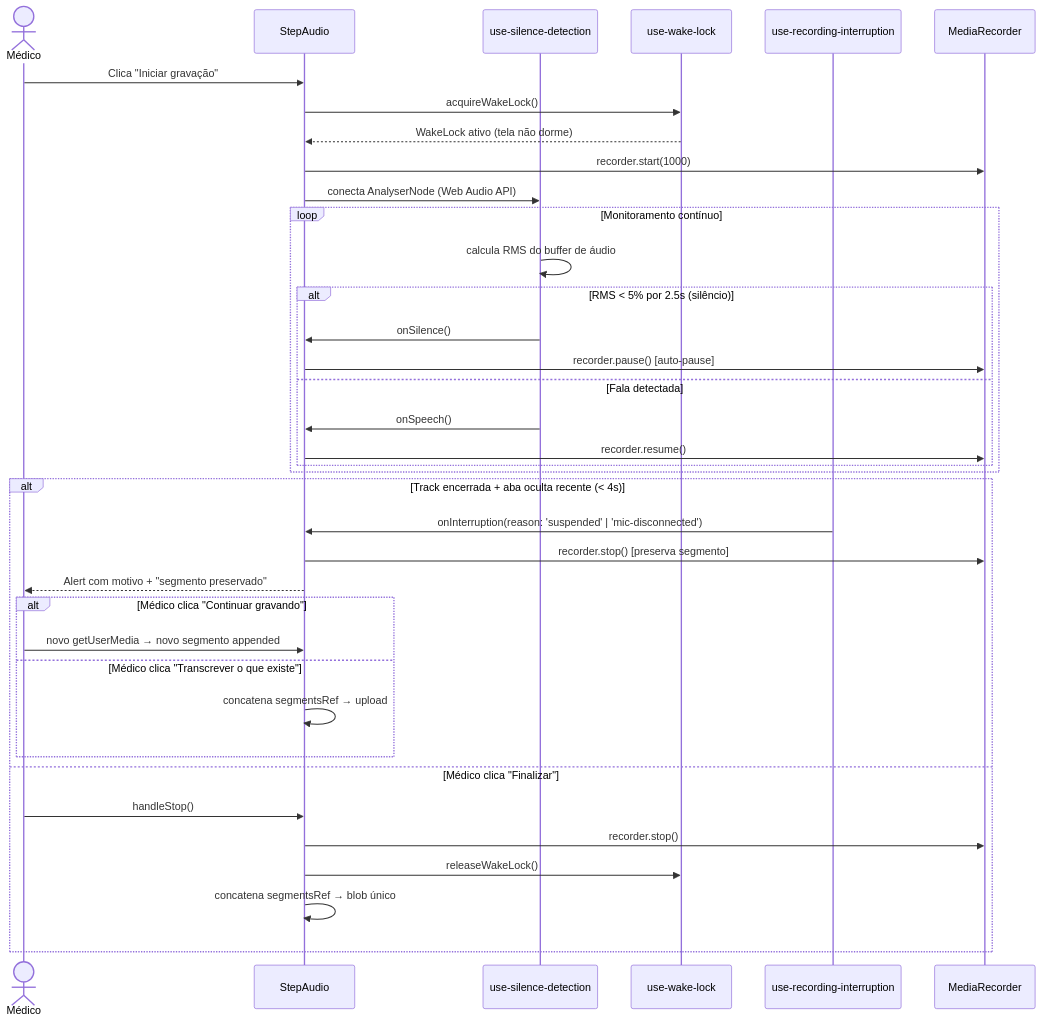
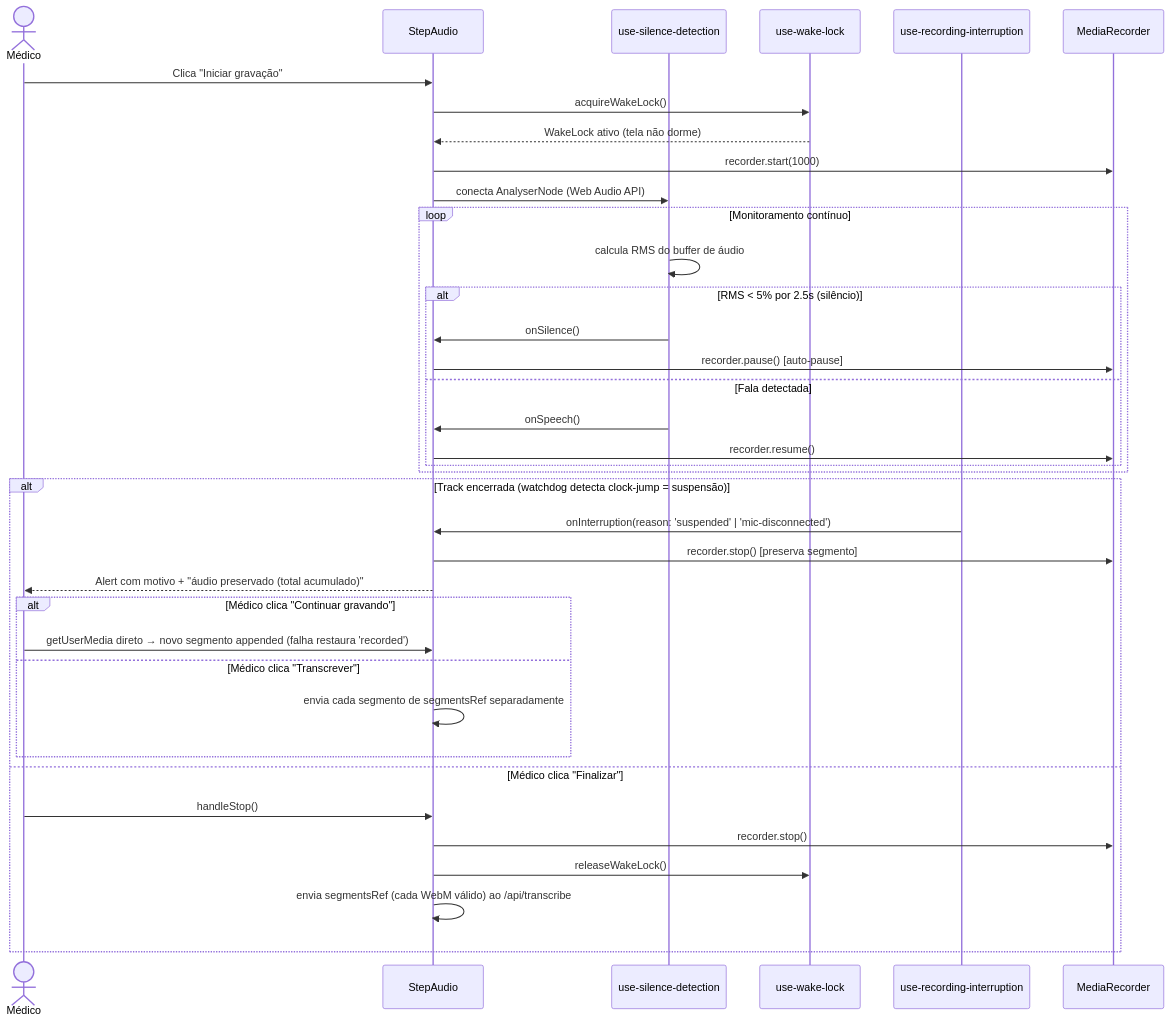
Before and after one commit to Startiatech/anamnsese-ia: the fourth of 14 diagrams in docs/architecture.md, drawn with Mermaid. The commit also changed other lines of this file and 10 other files, not shown here.

First line of the commit message:
fix(gravacao): transcreve segmentos WebM separadamente e corrige interrupção/pausa

````diff
--- a/docs/architecture.md
+++ b/docs/architecture.md
@@ -107,42 +107,42 @@
 ```mermaid
 sequenceDiagram
     actor Médico
     participant SA as StepAudio
     participant VAD as use-silence-detection
     participant WL as use-wake-lock
     participant RI as use-recording-interruption
     participant MR as MediaRecorder
 
     Médico->>SA: Clica "Iniciar gravação"
     SA->>WL: acquireWakeLock()
     WL-->>SA: WakeLock ativo (tela não dorme)
     SA->>MR: recorder.start(1000)
     SA->>VAD: conecta AnalyserNode (Web Audio API)
 
     loop Monitoramento contínuo
         VAD->>VAD: calcula RMS do buffer de áudio
         alt RMS < 5% por 2.5s (silêncio)
             VAD->>SA: onSilence()
             SA->>MR: recorder.pause() [auto-pause]
         else Fala detectada
             VAD->>SA: onSpeech()
             SA->>MR: recorder.resume()
         end
     end
 
-    alt Track encerrada + aba oculta recente (< 4s)
+    alt Track encerrada (watchdog detecta clock-jump = suspensão)
         RI->>SA: onInterruption(reason: 'suspended' | 'mic-disconnected')
         SA->>MR: recorder.stop() [preserva segmento]
-        SA-->>Médico: Alert com motivo + "segmento preservado"
+        SA-->>Médico: Alert com motivo + "áudio preservado (total acumulado)"
         alt Médico clica "Continuar gravando"
-            Médico->>SA: novo getUserMedia → novo segmento appended
-        else Médico clica "Transcrever o que existe"
-            SA->>SA: concatena segmentsRef → upload
+            Médico->>SA: getUserMedia direto → novo segmento appended (falha restaura 'recorded')
+        else Médico clica "Transcrever"
+            SA->>SA: envia cada segmento de segmentsRef separadamente
         end
     else Médico clica "Finalizar"
         Médico->>SA: handleStop()
         SA->>MR: recorder.stop()
         SA->>WL: releaseWakeLock()
-        SA->>SA: concatena segmentsRef → blob único
+        SA->>SA: envia segmentsRef (cada WebM válido) ao /api/transcribe
     end
 ```
````
